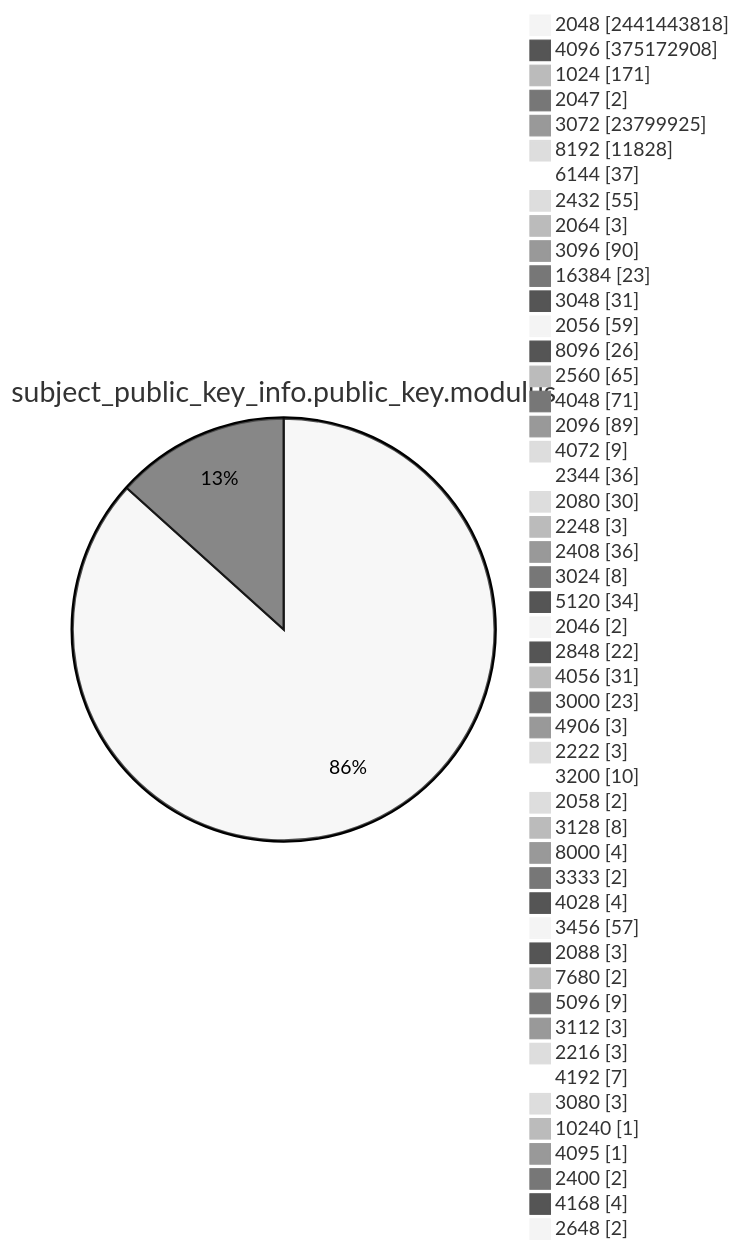
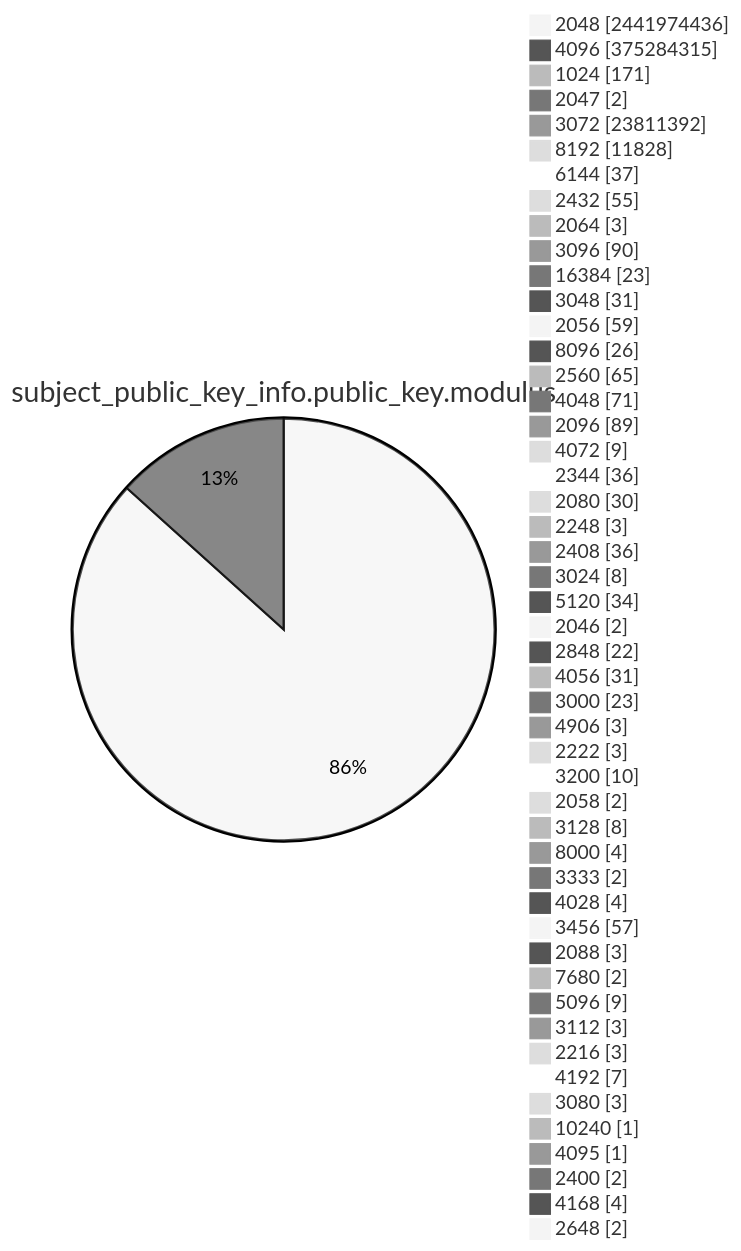
Diagram 13 of 15 in TOTAL/README.md (christiankrug/ctmonitor_visualization), drawn with Mermaid (neutral theme) before and after one commit. The commit also changed other lines of this file, not shown here.

````diff
--- a/TOTAL/README.md
+++ b/TOTAL/README.md
@@ -4168,53 +4168,53 @@
 ```mermaid
 pie showData
 title subject_public_key_info.public_key.modulus
-"2048" :2441443818
-"4096" :375172908
+"2048" :2441974436
+"4096" :375284315
 "1024" :171
 "2047" :2
-"3072" :23799925
+"3072" :23811392
 "8192" :11828
 "6144" :37
 "2432" :55
 "2064" :3
 "3096" :90
 "16384" :23
 "3048" :31
 "2056" :59
 "8096" :26
 "2560" :65
 "4048" :71
 "2096" :89
 "4072" :9
 "2344" :36
 "2080" :30
 "2248" :3
 "2408" :36
 "3024" :8
 "5120" :34
 "2046" :2
 "2848" :22
 "4056" :31
 "3000" :23
 "4906" :3
 "2222" :3
 "3200" :10
 "2058" :2
 "3128" :8
 "8000" :4
 "3333" :2
 "4028" :4
 "3456" :57
 "2088" :3
 "7680" :2
 "5096" :9
 "3112" :3
 "2216" :3
 "4192" :7
 "3080" :3
 "10240" :1
 "4095" :1
 "2400" :2
 "4168" :4
 "2648" :2
 ```
````
